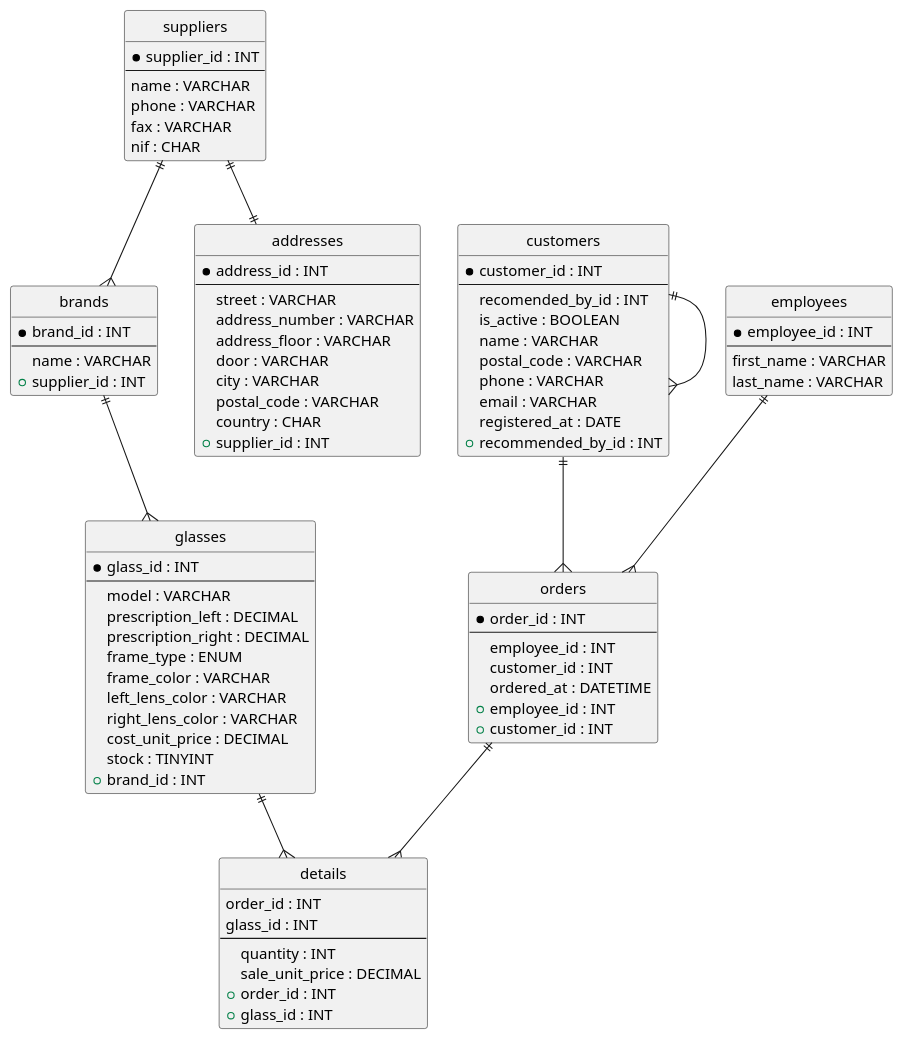
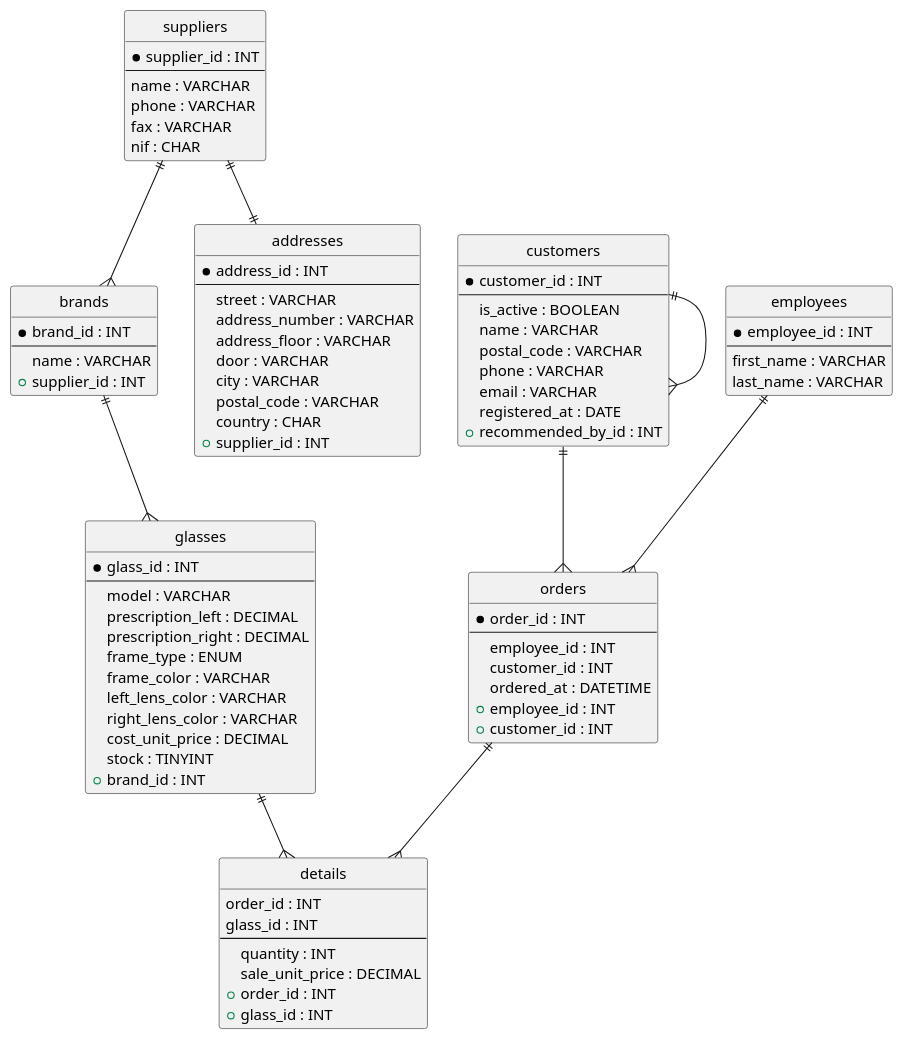
The diagram in optica/optics.puml (alangiralt-dot/mysql-estructura), drawn with PlantUML before and after one commit.

Commit message:
fix: remove an unnecessary attribute in optics.puml

```diff
--- a/optica/optics.puml
+++ b/optica/optics.puml
@@ -1,87 +1,86 @@
 @startuml
 hide circle
 entity "suppliers" {
 * supplier_id : INT
 --
 name : VARCHAR
 phone : VARCHAR
 fax : VARCHAR
 nif : CHAR
 }
 entity "brands" {
 * brand_id : INT
 --
 name : VARCHAR
 + supplier_id : INT
 }
 entity "glasses" {
 * glass_id : INT
 --
 model : VARCHAR
 prescription_left : DECIMAL
 prescription_right : DECIMAL
 frame_type : ENUM
 frame_color : VARCHAR
 left_lens_color : VARCHAR
 right_lens_color : VARCHAR
 cost_unit_price : DECIMAL
 stock : TINYINT
 + brand_id : INT
 }
 entity "addresses" {
 * address_id : INT
 --
 street : VARCHAR
 address_number : VARCHAR
 address_floor : VARCHAR
 door : VARCHAR
 city : VARCHAR
 postal_code : VARCHAR
 country : CHAR
 + supplier_id : INT
 }
 entity "customers" {
 * customer_id : INT
 --
-recomended_by_id : INT
 is_active : BOOLEAN
 name : VARCHAR
 postal_code : VARCHAR
 phone : VARCHAR
 email : VARCHAR
 registered_at : DATE
 + recommended_by_id : INT
 }
 entity "employees" {
 * employee_id : INT
 --
 first_name : VARCHAR
 last_name : VARCHAR
 }
 entity "orders" {
 * order_id : INT
 --
 employee_id : INT
 customer_id : INT
 ordered_at : DATETIME
 + employee_id : INT
 + customer_id : INT
 }
 entity "details" {
 order_id : INT
 glass_id : INT
 --
 quantity : INT
 sale_unit_price : DECIMAL
 + order_id : INT
 + glass_id : INT
 }
 suppliers ||--{ brands
 brands ||--{ glasses
 suppliers ||--|| addresses
 customers ||--{ customers
 customers ||--{ orders
 employees ||--{ orders
 orders ||--{ details
 glasses ||--{ details
 @enduml
```
